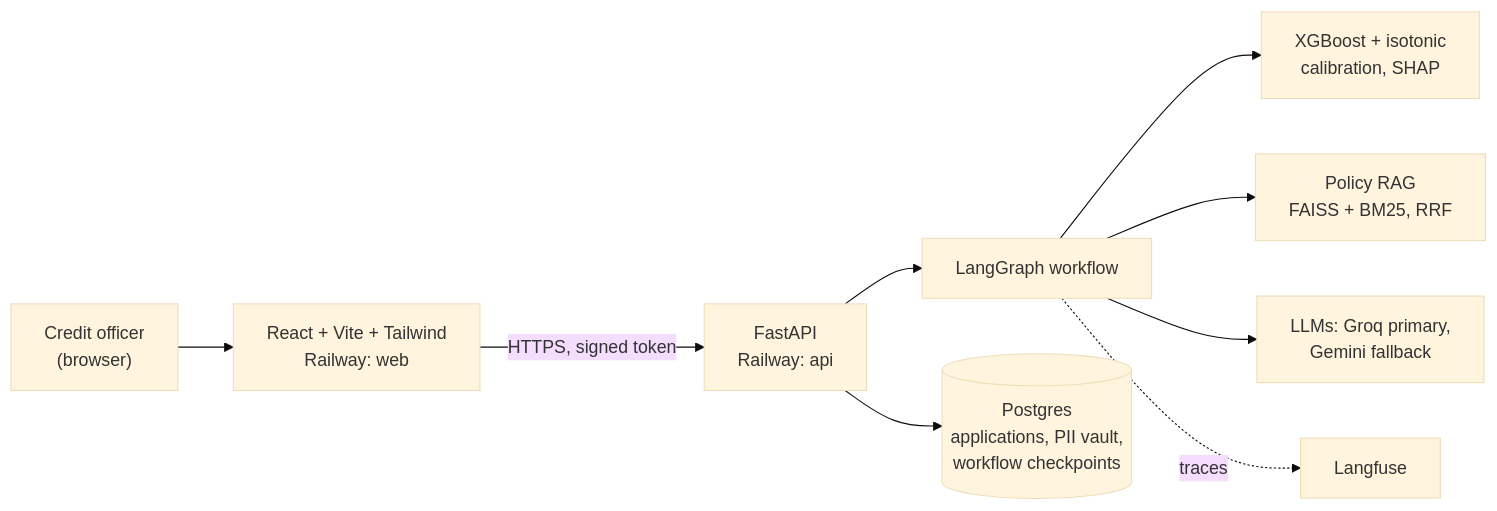
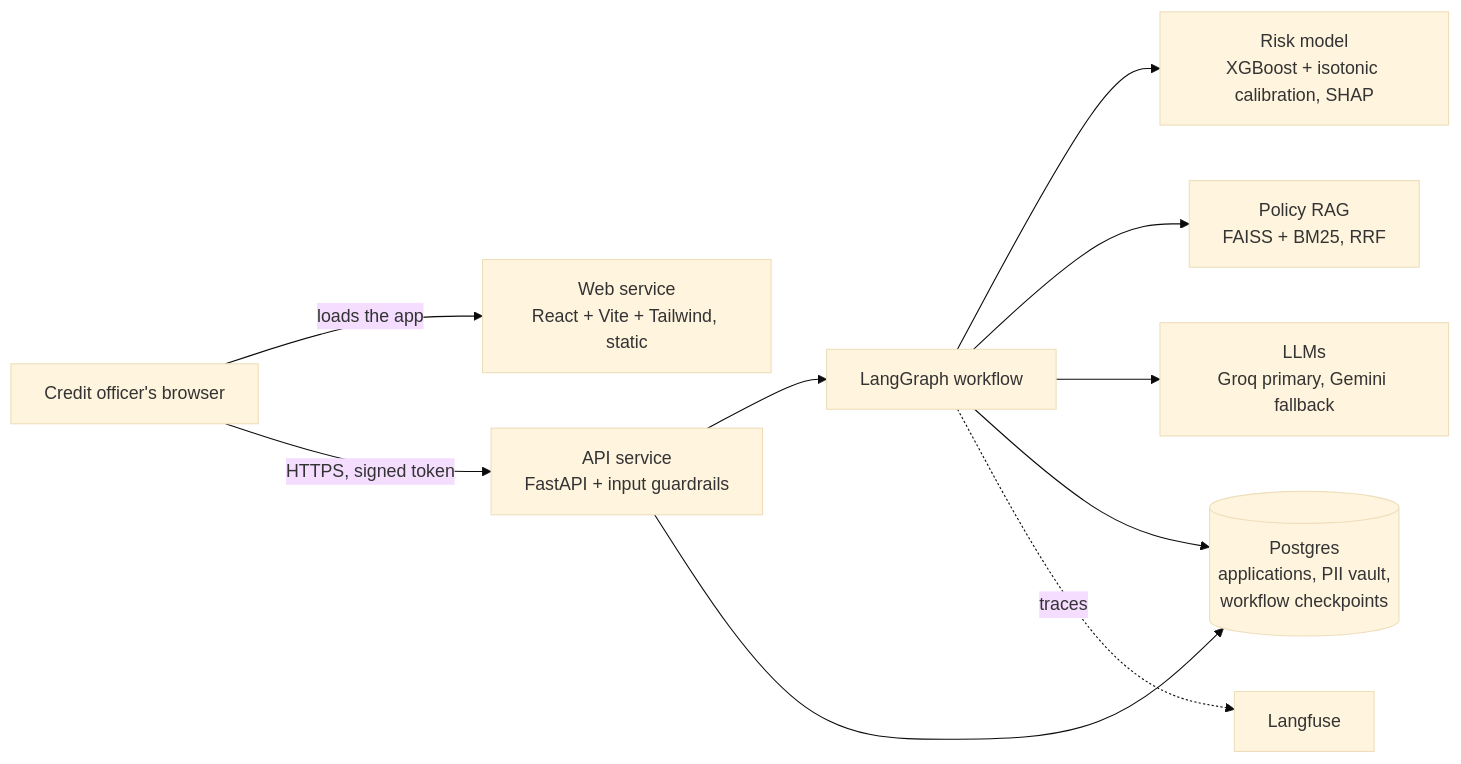
The first of 2 diagrams in README.md (manav-17/Creditmind), drawn with Mermaid (base theme) before and after one commit. The commit also changed other lines of this file, not shown here.

Commit message:
docs: diagrams match the code exactly

````diff
--- a/README.md
+++ b/README.md
@@ -34,11 +34,12 @@
 ```mermaid
 flowchart LR
-    U["Credit officer<br/>(browser)"] --> W["React + Vite + Tailwind<br/>Railway: web"]
-    W -->|"HTTPS, signed token"| A["FastAPI<br/>Railway: api"]
+    B["Credit officer's browser"] -->|"loads the app"| W["Web service<br/>React + Vite + Tailwind, static"]
+    B -->|"HTTPS, signed token"| A["API service<br/>FastAPI + input guardrails"]
     A --> G["LangGraph workflow"]
-    G --> M["XGBoost + isotonic<br/>calibration, SHAP"]
+    G --> M["Risk model<br/>XGBoost + isotonic calibration, SHAP"]
     G --> R["Policy RAG<br/>FAISS + BM25, RRF"]
-    G --> L["LLMs: Groq primary,<br/>Gemini fallback"]
+    G --> L["LLMs<br/>Groq primary, Gemini fallback"]
     A --> P[("Postgres<br/>applications, PII vault,<br/>workflow checkpoints")]
+    G --> P
     G -.->|traces| F["Langfuse"]
 ```
````
